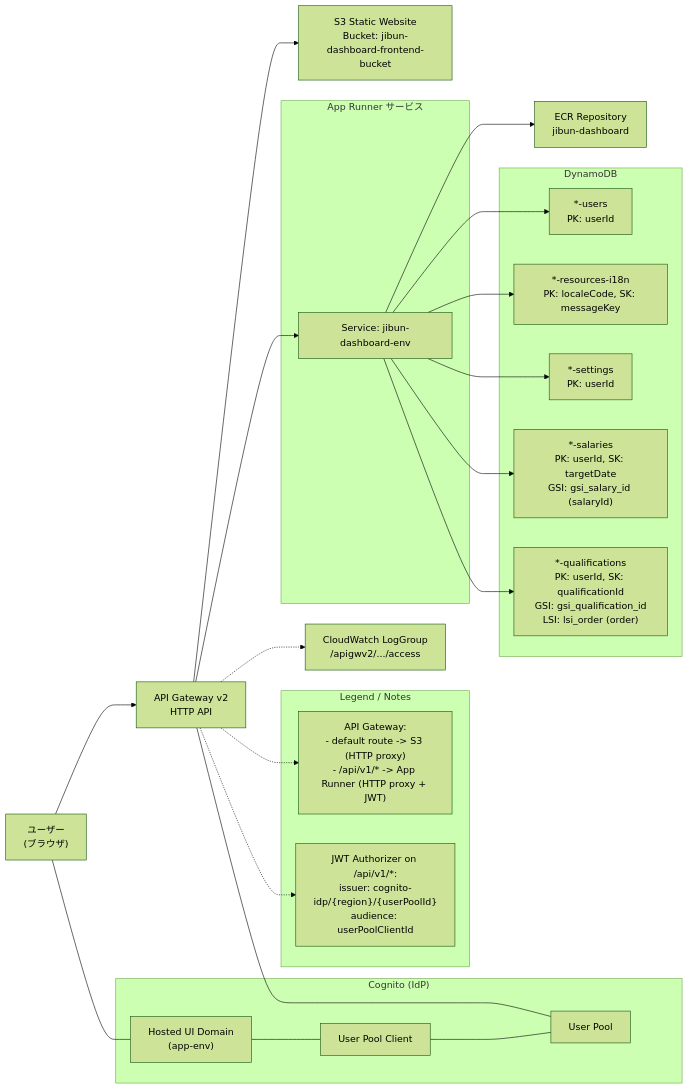
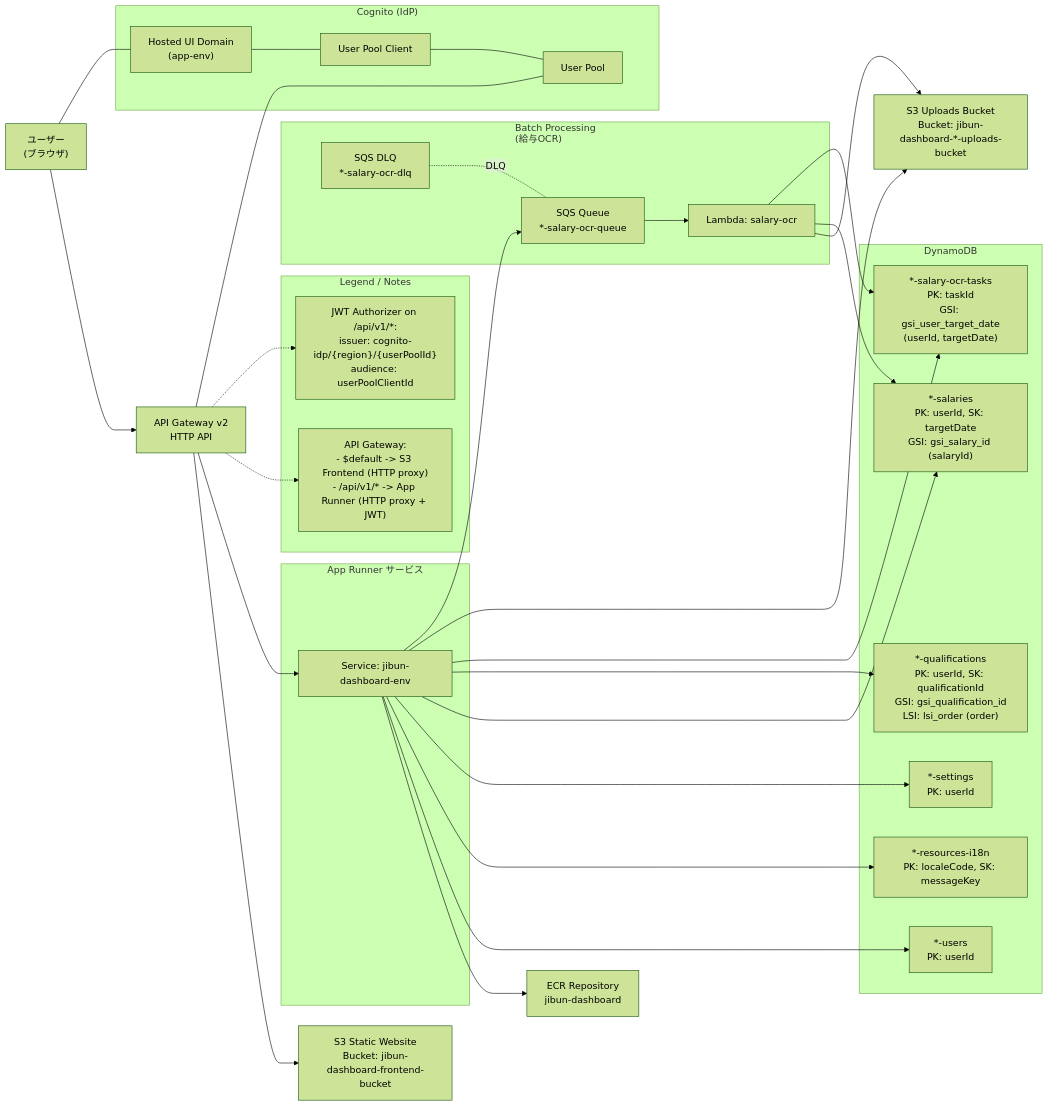
The first of 3 diagrams in doc/04.infra/diagram.md (mori-akira/jibun-dashboard), drawn with Mermaid (forest theme) before and after one commit. The commit also changed other lines of this file and 4 other files, not shown here.

````diff
--- a/doc/04.infra/diagram.md
+++ b/doc/04.infra/diagram.md
@@ -3,59 +3,77 @@
 ```mermaid
 %%{init: {'flowchart': {'htmlLabels': false}} }%%
 flowchart LR
 
   U["ユーザー<br>(ブラウザ)"]
 
   AGW["API Gateway v2<br>HTTP API"]
-  LG["CloudWatch LogGroup<br>/apigwv2/.../access"]
 
-  S3["S3 Static Website<br>Bucket: jibun-dashboard-frontend-bucket"]
+  S3_FRONT["S3 Static Website<br>Bucket: jibun-dashboard-frontend-bucket"]
+  S3_UP["S3 Uploads Bucket<br>Bucket: jibun-dashboard-*-uploads-bucket"]
 
   subgraph COG["Cognito (IdP)"]
     CPool["User Pool"]
     CClient["User Pool Client"]
     CDomain["Hosted UI Domain<br>(app-env)"]
   end
 
   subgraph AR["App Runner サービス"]
     ARS["Service: jibun-dashboard-env"]
   end
+
   ECR["ECR Repository<br>jibun-dashboard"]
 
   subgraph DDB["DynamoDB"]
     DUsers["*-users<br>PK: userId"]
     DR18n["*-resources-i18n<br>PK: localeCode, SK: messageKey"]
     DSettings["*-settings<br>PK: userId"]
     DSalaries["*-salaries<br>PK: userId, SK: targetDate<br>GSI: gsi_salary_id (salaryId)"]
+    DOcrTasks["*-salary-ocr-tasks<br>PK: taskId<br>GSI: gsi_user_target_date<br>(userId, targetDate)"]
     DQuals["*-qualifications<br>PK: userId, SK: qualificationId<br>GSI: gsi_qualification_id<br>LSI: lsi_order (order)"]
+  end
+
+  subgraph BATCH["Batch Processing<br>(給与OCR)"]
+    Q_DLQ["SQS DLQ<br>*-salary-ocr-dlq"]
+    Q_MAIN["SQS Queue<br>*-salary-ocr-queue"]
+    L_SAL["Lambda: salary-ocr"]
   end
 
   %% ルーティング（リンクラベル無し）
   U --> AGW
-  AGW --> S3
+  AGW --> S3_FRONT
   AGW --> ARS
-  AGW -.-> LG
 
   %% 認証フロー（概略）
   U --- CDomain
   CDomain --- CClient
   CClient --- CPool
   AGW --- CPool
 
   %% バックエンド依存
   ARS --> ECR
   ARS --> DUsers
   ARS --> DR18n
   ARS --> DSettings
   ARS --> DSalaries
   ARS --> DQuals
+  ARS --> DOcrTasks
+  ARS --> S3_UP
+
+  %% 給与OCRバッチフロー
+  ARS --> Q_MAIN
+  Q_MAIN --> L_SAL
+  Q_DLQ -. DLQ .- Q_MAIN
+
+  L_SAL --> S3_UP
+  L_SAL --> DSalaries
+  L_SAL --> DOcrTasks
 
   %% 凡例（テキストノード）
   subgraph LEGEND["Legend / Notes"]
-    L1["API Gateway:<br>- default route -> S3 (HTTP proxy)<br>- /api/v1/* -> App Runner (HTTP proxy + JWT)"]
+    L1["API Gateway:<br>- $default -> S3 Frontend (HTTP proxy)<br>- /api/v1/* -> App Runner (HTTP proxy + JWT)"]
     L2["JWT Authorizer on /api/v1/*:<br>issuer: cognito-idp/{region}/{userPoolId}<br>audience: userPoolClientId"]
   end
 
   AGW -.-> L1
   AGW -.-> L2
 ```
````
